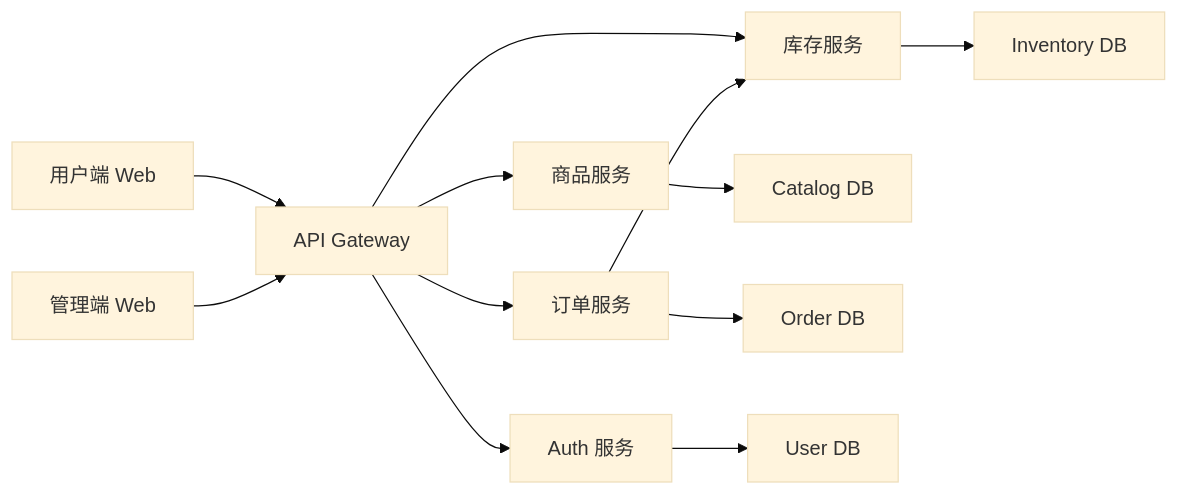
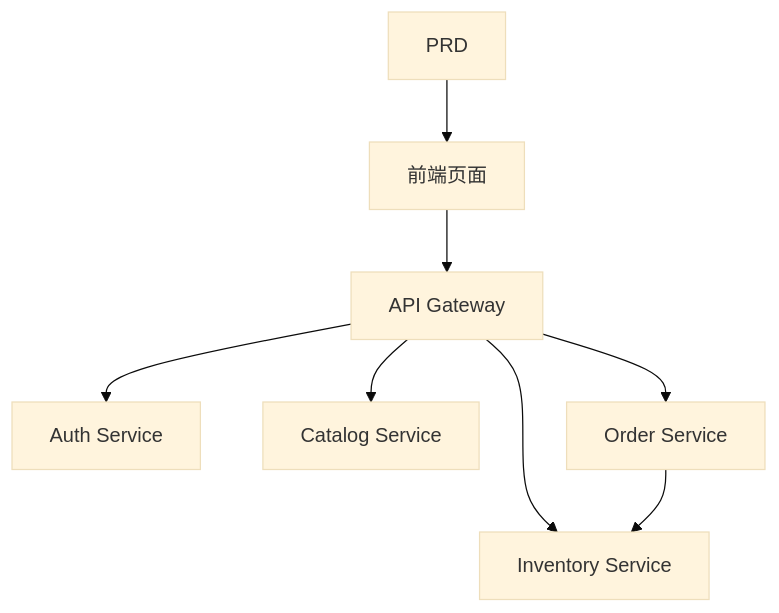
The diagram in docs/zh-cn/stage-2/assignments/simple-grocery-microservices/index.md (sketchymonk/easy-vibe), drawn with Mermaid (base theme) before and after one commit. The commit also changed other lines of this file and 18 other files, not shown here.

````diff
--- a/docs/zh-cn/stage-2/assignments/simple-grocery-microservices/index.md
+++ b/docs/zh-cn/stage-2/assignments/simple-grocery-microservices/index.md
@@ -34,14 +66,10 @@
 ```mermaid
-flowchart LR
-  user["用户端 Web"] --> gateway["API Gateway"]
-  admin["管理端 Web"] --> gateway
-  gateway --> auth["Auth 服务"]
-  gateway --> catalog["商品服务"]
-  gateway --> order["订单服务"]
-  gateway --> inventory["库存服务"]
+flowchart TD
+  prd["PRD"] --> fe["前端页面"]
+  fe --> gw["API Gateway"]
+  gw --> auth["Auth Service"]
+  gw --> catalog["Catalog Service"]
+  gw --> inventory["Inventory Service"]
+  gw --> order["Order Service"]
   order --> inventory
-  catalog --> db1["Catalog DB"]
-  order --> db2["Order DB"]
-  inventory --> db3["Inventory DB"]
-  auth --> db4["User DB"]
 ```
````
